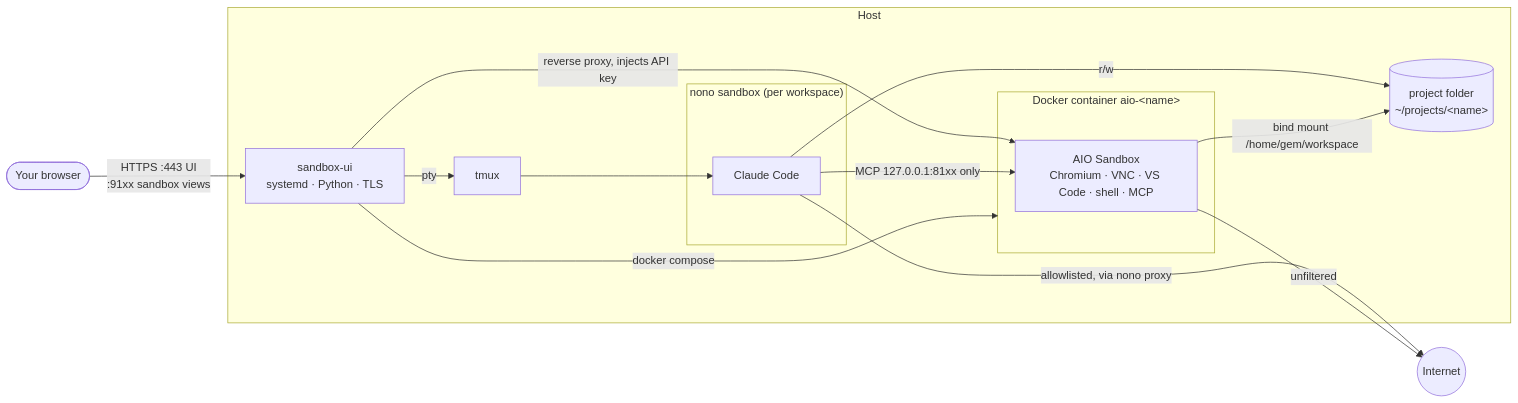
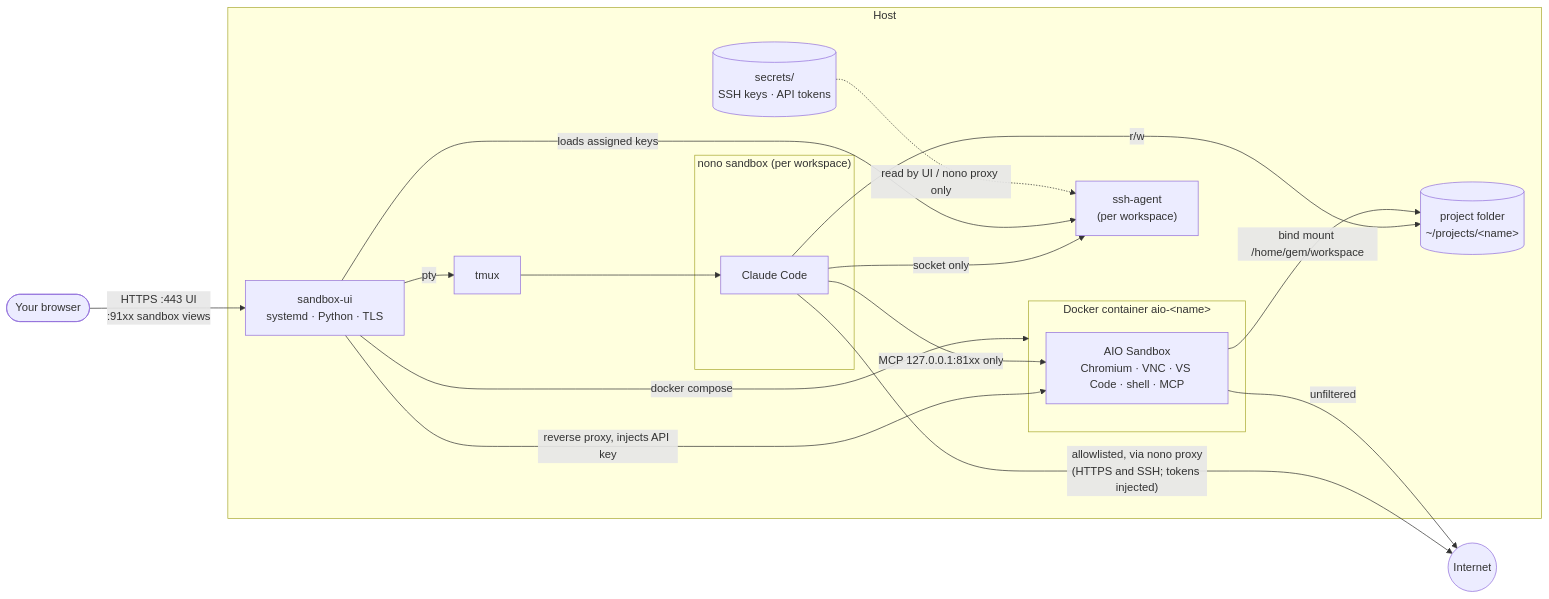
The diagram in README.md (metahertz/agent-sandboxes), drawn with Mermaid before and after one commit. The commit also changed other lines of this file and 7 other files, not shown here.

First line of the commit message:
Per-workspace access controls: SSH key and API token pool, network, limits

````diff
--- a/README.md
+++ b/README.md
@@ -10,27 +10,32 @@
 ```mermaid
 flowchart LR
   user([Your browser])
 
   subgraph host[Host]
     ui["sandbox-ui<br/>systemd · Python · TLS"]
     tmux["tmux"]
     subgraph nono["nono sandbox (per workspace)"]
       claude["Claude Code"]
     end
     proj[("project folder<br/>~/projects/&lt;name&gt;")]
+    agent["ssh-agent<br/>(per workspace)"]
+    pool[("secrets/<br/>SSH keys · API tokens")]
     subgraph docker["Docker container aio-&lt;name&gt;"]
       aio["AIO Sandbox<br/>Chromium · VNC · VS Code · shell · MCP"]
     end
   end
   net((Internet))
 
   user -- "HTTPS :443 UI<br/>:91xx sandbox views" --> ui
   ui -- "pty" --> tmux --> claude
   ui -- "docker compose" --> docker
   ui -- "reverse proxy, injects API key" --> aio
   claude -- "MCP 127.0.0.1:81xx only" --> aio
   claude -- "r/w" --> proj
   aio -- "bind mount /home/gem/workspace" --> proj
-  claude -- "allowlisted, via nono proxy" --> net
+  claude -- "allowlisted, via nono proxy<br/>(HTTPS and SSH; tokens injected)" --> net
+  claude -- "socket only" --> agent
+  ui -- "loads assigned keys" --> agent
+  pool -. "read by UI / nono proxy only" .-> agent
   aio -- "unfiltered" --> net
 ```
````
